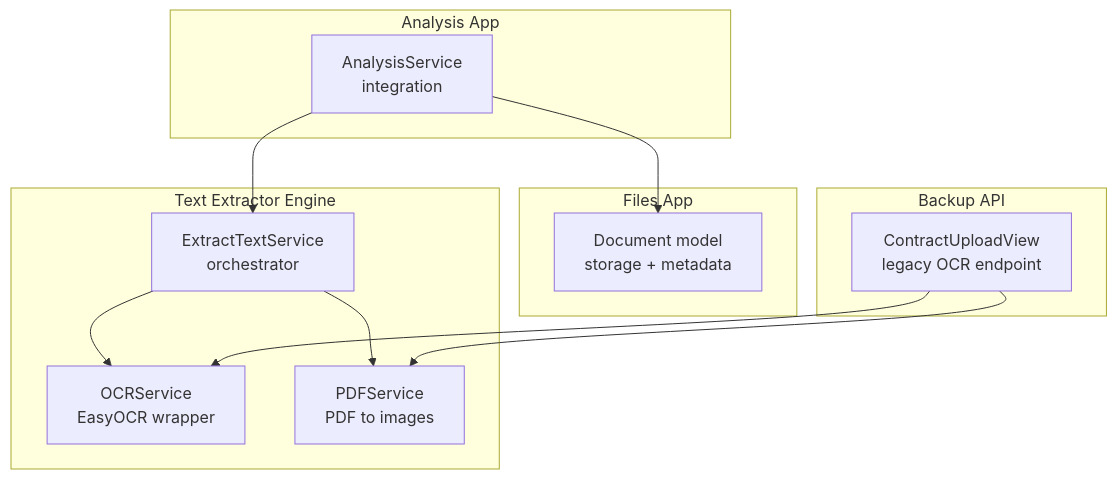
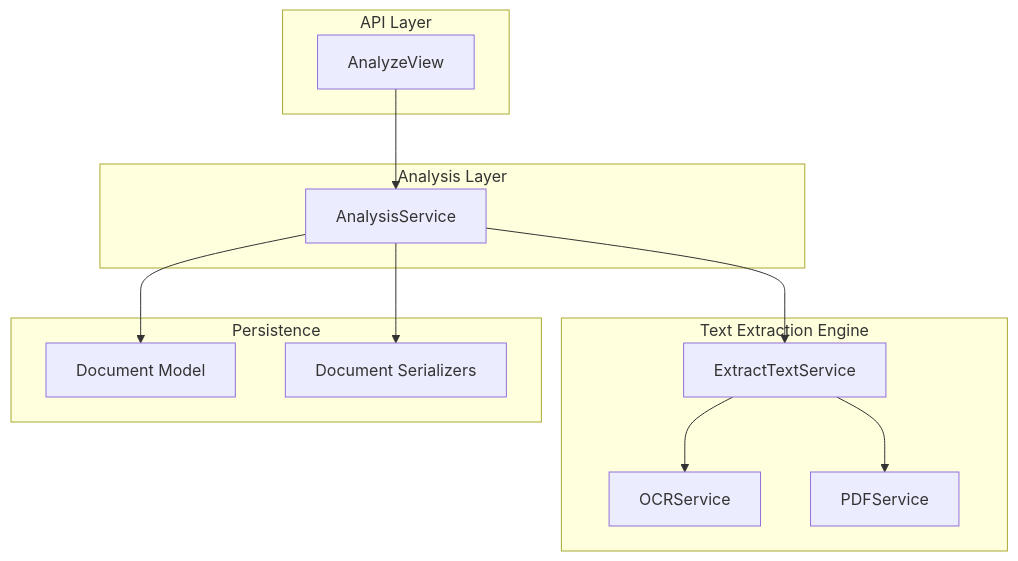
Before and after one commit to HamzaHindo/veritasshield: the first of 8 diagrams in backend/.qoder/repowiki/en/content/Text Extraction Engine/OCR Service Implementation.md, drawn with Mermaid. The commit also changed other lines of this file and 49 other files, not shown here.

````diff
--- a/backend/.qoder/repowiki/en/content/Text Extraction Engine/OCR Service Implementation.md
+++ b/backend/.qoder/repowiki/en/content/Text Extraction Engine/OCR Service Implementation.md
@@ -37,23 +39,24 @@
 ```mermaid
 graph TB
-subgraph "Text Extractor Engine"
-OCR["OCRService<br/>EasyOCR wrapper"]
-PDF["PDFService<br/>PDF to images"]
-Extract["ExtractTextService<br/>orchestrator"]
+subgraph "API Layer"
+AV["AnalyzeView"]
 end
-subgraph "Files App"
-DocModel["Document model<br/>storage + metadata"]
+subgraph "Analysis Layer"
+AS["AnalysisService"]
 end
-subgraph "Analysis App"
-Analysis["AnalysisService<br/>integration"]
+subgraph "Text Extraction Engine"
+ETS["ExtractTextService"]
+OCR["OCRService"]
+PDF["PDFService"]
 end
-subgraph "Backup API"
-View["ContractUploadView<br/>legacy OCR endpoint"]
+subgraph "Persistence"
+DM["Document Model"]
+DS["Document Serializers"]
 end
-Analysis --> Extract
-Extract --> OCR
-Extract --> PDF
-Analysis --> DocModel
-View --> OCR
-View --> PDF
+AV --> AS
+AS --> ETS
+ETS --> PDF
+ETS --> OCR
+AS --> DM
+AS --> DS
 ```
````
